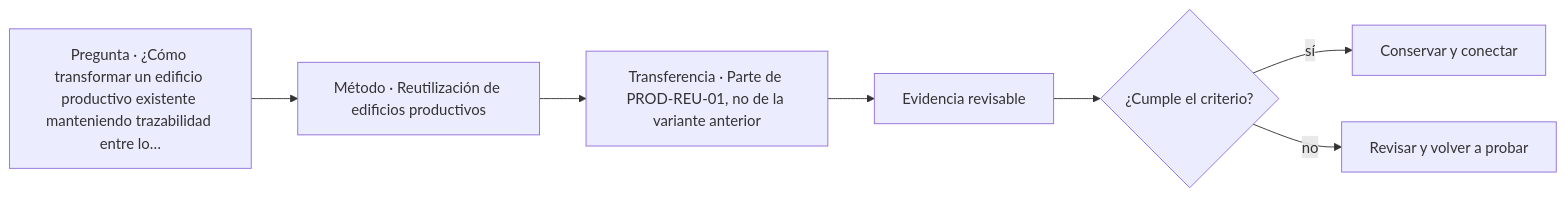
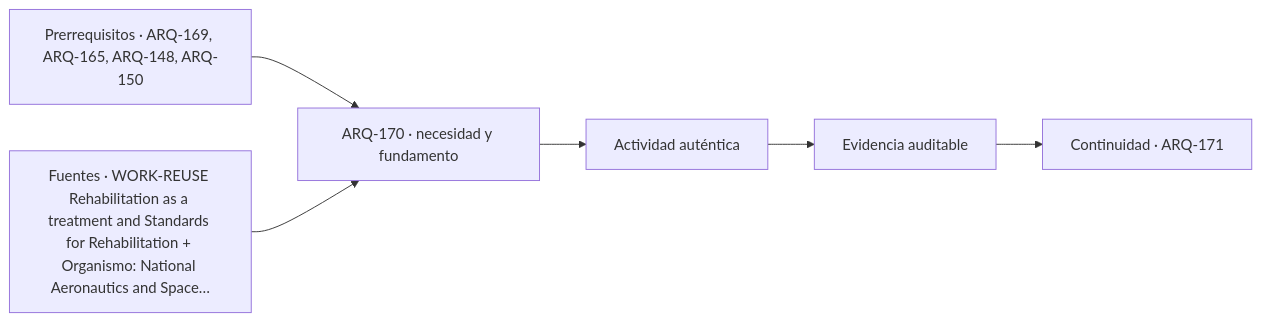
One commit to vladimiracunadev-create/architecture-built-environment-learning-program changed the diagram in classes/parte-17/ARQ-170.md. Above: the diagram before and after it, drawn with Mermaid. The commit also changed other lines of this file and 761 other files, not shown here.

````diff
--- a/classes/parte-17/ARQ-170.md
+++ b/classes/parte-17/ARQ-170.md
@@ -110,9 +122,8 @@
 ```mermaid
 flowchart LR
-    Q["Pregunta · ¿Cómo transformar un edificio productivo existente manteniendo trazabilidad entre lo…"] --> M["Método · Reutilización de edificios productivos"]
-    M --> P["Transferencia · Parte de PROD-REU-01, no de la variante anterior"]
-    P --> E["Evidencia revisable"]
-    E --> C{"¿Cumple el criterio?"}
-    C -->|sí| T["Conservar y conectar"]
-    C -->|no| R["Revisar y volver a probar"]
+    A["Prerrequisitos · ARQ-169, ARQ-165, ARQ-148, ARQ-150"] --> B["ARQ-170 · necesidad y fundamento"]
+    S["Fuentes · WORK-REUSE Rehabilitation as a treatment and Standards for Rehabilitation + Organismo: National Aeronautics and Space…"] --> B
+    B --> C["Actividad auténtica"]
+    C --> D["Evidencia auditable"]
+    D --> E["Continuidad · ARQ-171"]
 ```
````
